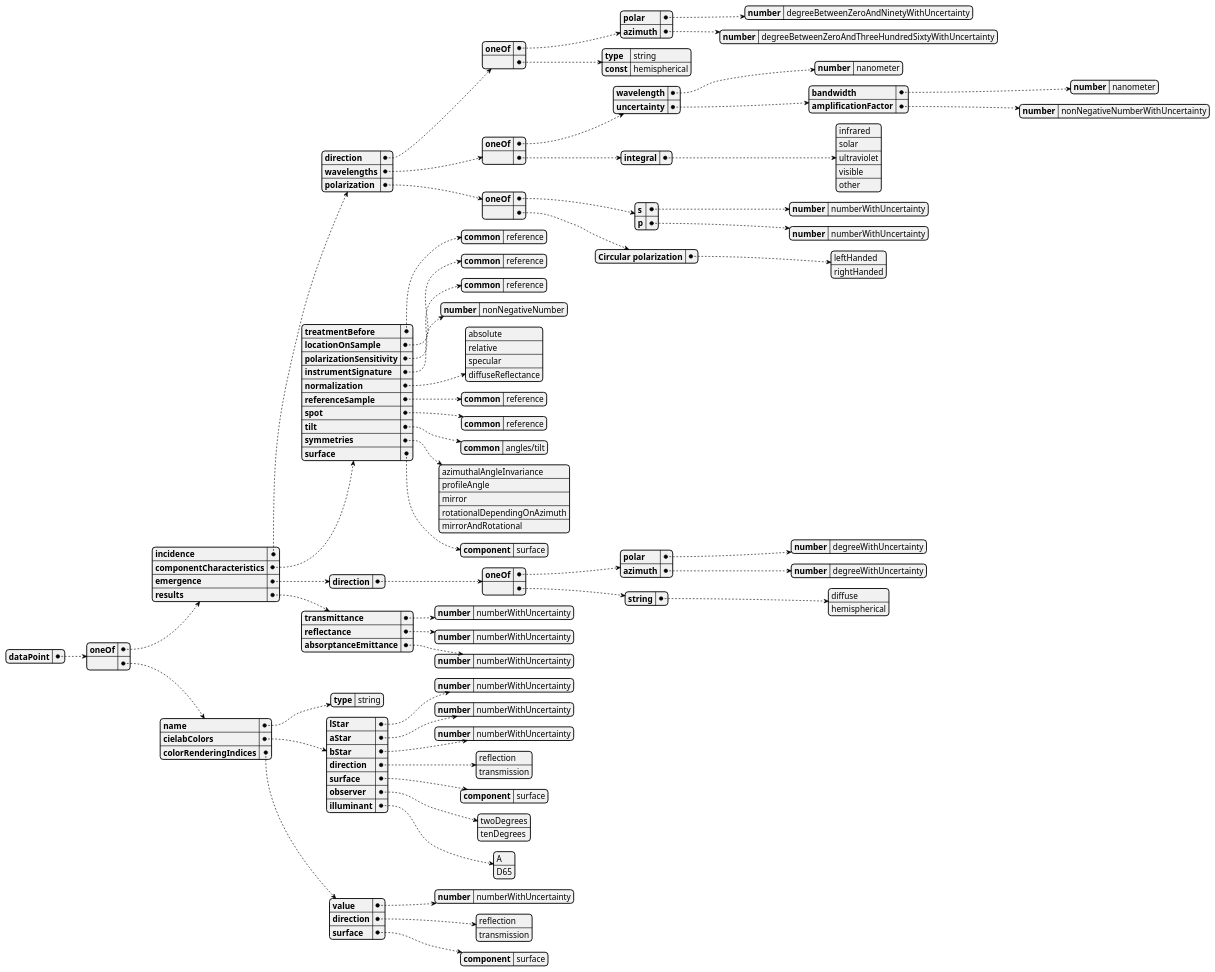
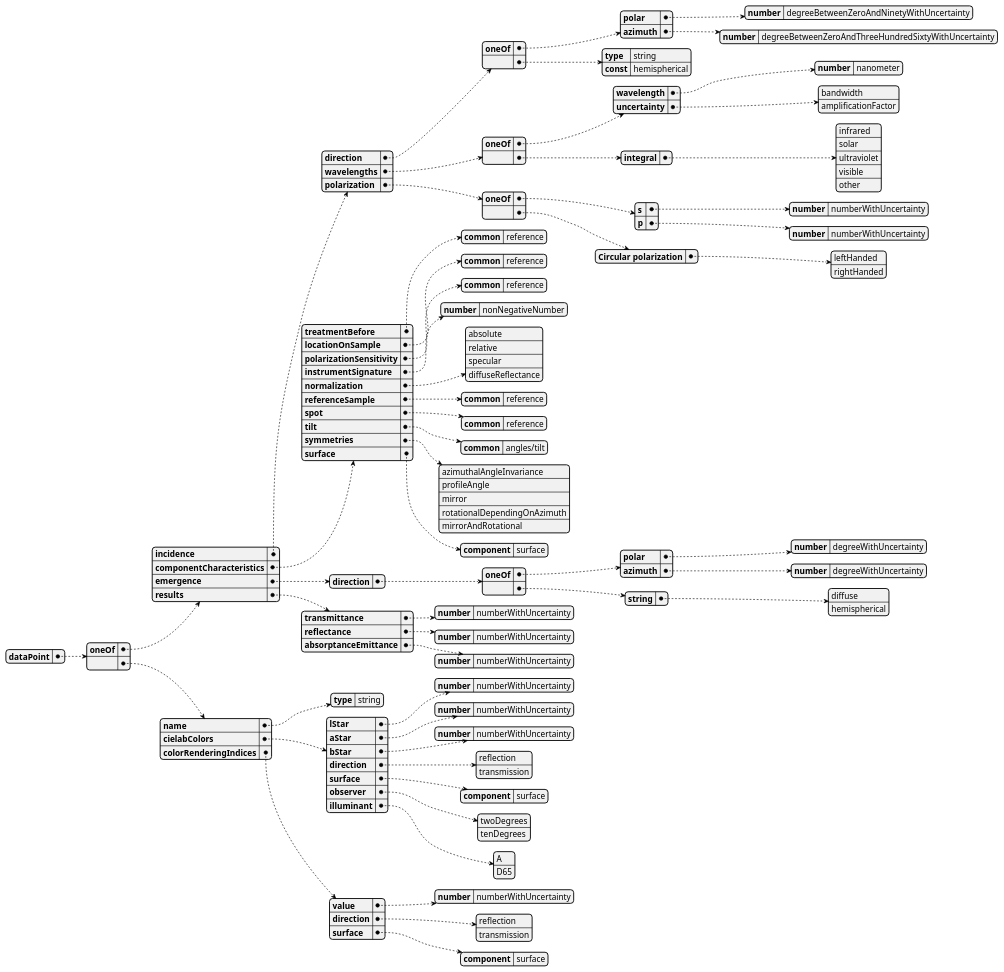
The diagram in docs/diagrams/src/opticalData/opticalDataPointSchema.plantuml (building-envelope-data/api), drawn with PlantUML before and after one commit. The commit also changed 1 other file, not shown here.

Commit message:
Reduce the width of the schematic drawing of opticalDataPointSchema

```diff
--- a/docs/diagrams/src/opticalData/opticalDataPointSchema.plantuml
+++ b/docs/diagrams/src/opticalData/opticalDataPointSchema.plantuml
@@ -1,199 +1,191 @@
 @startjson opticalDataPointSchema
 {
   "dataPoint": {
-    "oneOf": 
+    "oneOf":
     {
       "incidence": {
         "direction": {
-          "oneOf": 
+          "oneOf":
           {
             "polar": {
               "number": "degreeBetweenZeroAndNinetyWithUncertainty"
             }
             ,
             "azimuth": {
               "number": "degreeBetweenZeroAndThreeHundredSixtyWithUncertainty"
 
             }
           }
           ,
           "":
           {
             "type": "string",
             "const": "hemispherical"
           }
-          
+
         }
         ,
         "wavelengths": {
-          "oneOf": 
+          "oneOf":
           {
             "wavelength": {
               "number": "nanometer"
             }
             ,
-            "uncertainty": {
-              "bandwidth": {
-                "number": "nanometer"
-              }
-              ,
-              "amplificationFactor": {
-                "number": "nonNegativeNumberWithUncertainty"
-              }
-            }
+            "uncertainty": [ "bandwidth", "amplificationFactor" ]
           }
           ,
           "":
           {
             "integral": ["infrared", "solar", "ultraviolet", "visible", "other"]
           }
-          
+
         }
         ,
         "polarization": {
-          "oneOf": 
+          "oneOf":
           {
             "s": {
               "number": "numberWithUncertainty"
             }
             ,
             "p": {
               "number": "numberWithUncertainty"
             }
           }
           ,
           "":
           {
             "Circular polarization": ["leftHanded", "rightHanded"]
           }
-          
+
         }
       }
       ,
       "componentCharacteristics": {
         "treatmentBefore": {
           "common": "reference"
         }
         ,
         "locationOnSample": {
           "common": "reference"
         }
         ,
         "polarizationSensitivity": {
           "common": "reference"
         }
         ,
         "instrumentSignature": {
           "number": "nonNegativeNumber"
         }
         ,
         "normalization":  ["absolute", "relative", "specular", "diffuseReflectance"]
         ,
         "referenceSample": {
           "common": "reference"
         }
         ,
         "spot": {
           "common": "reference"
         }
         ,
         "tilt": {
           "common": "angles/tilt"
         }
         ,
         "symmetries": [
         "azimuthalAngleInvariance",
         "profileAngle",
         "mirror",
         "rotationalDependingOnAzimuth",
         "mirrorAndRotational"
         ]
         ,
         "surface": {
           "component": "surface"
         }
       }
       ,
       "emergence": {
         "direction": {
-          "oneOf": 
+          "oneOf":
           {
             "polar": {
               "number": "degreeWithUncertainty"
             }
             ,
             "azimuth": {
               "number": "degreeWithUncertainty"
             }
           }
           ,
           "":
           {
             "string": ["diffuse", "hemispherical"]
           }
-          
+
         }
       }
       ,
       "results": {
         "transmittance": {
           "number": "numberWithUncertainty"
         }
         ,
         "reflectance": {
           "number": "numberWithUncertainty"
         }
         ,
         "absorptanceEmittance": {
           "number": "numberWithUncertainty"
         }
       }
     }
     ,
     "":
     {
       "name": {
         "type": "string"
       }
       ,
       "cielabColors":
       {
         "lStar": {
           "number": "numberWithUncertainty"
         }
         ,
         "aStar": {
           "number": "numberWithUncertainty"
         }
         ,
         "bStar": {
           "number": "numberWithUncertainty"
         }
         ,
         "direction":  ["reflection", "transmission"]
         ,
         "surface": {
           "component": "surface"
         }
         ,
         "observer":  ["twoDegrees", "tenDegrees"]
         ,
         "illuminant":  ["A", "D65"]
       }
       ,
       "colorRenderingIndices": {
         "value": {
           "number": "numberWithUncertainty"
         }
         ,
         "direction":  ["reflection", "transmission"]
         ,
         "surface": {
           "component": "surface"
         }
       }
     }
-    
+
   }
 }
 @endjson
```
